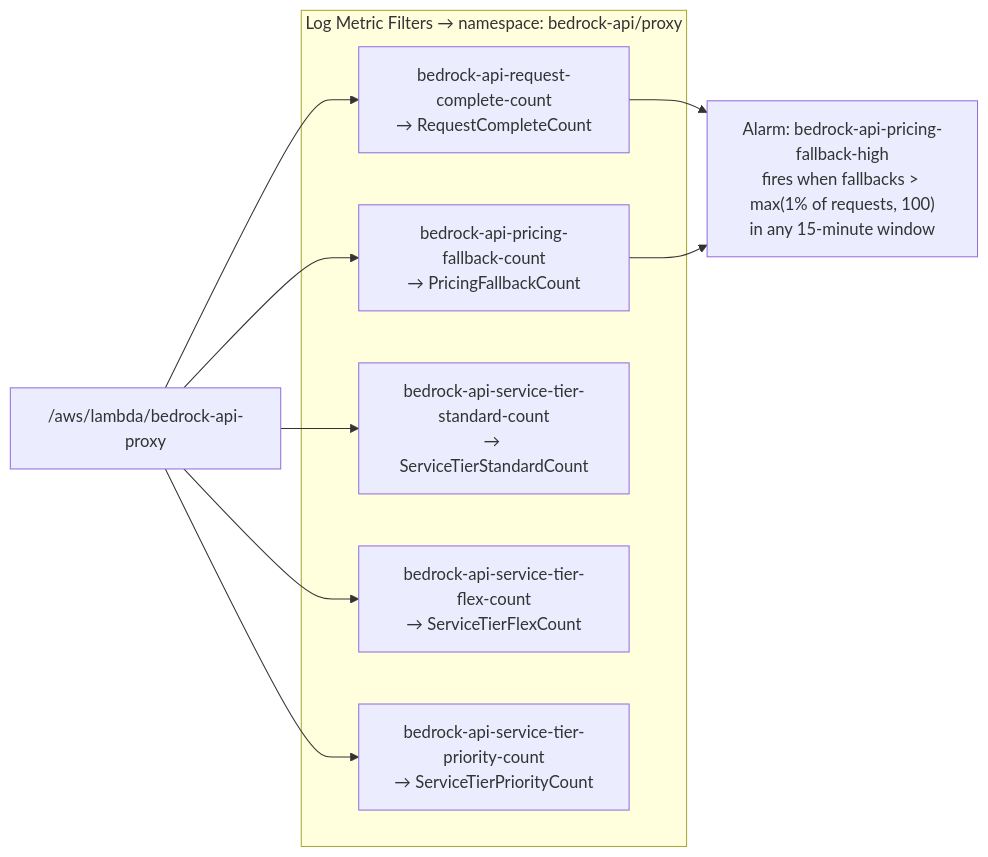
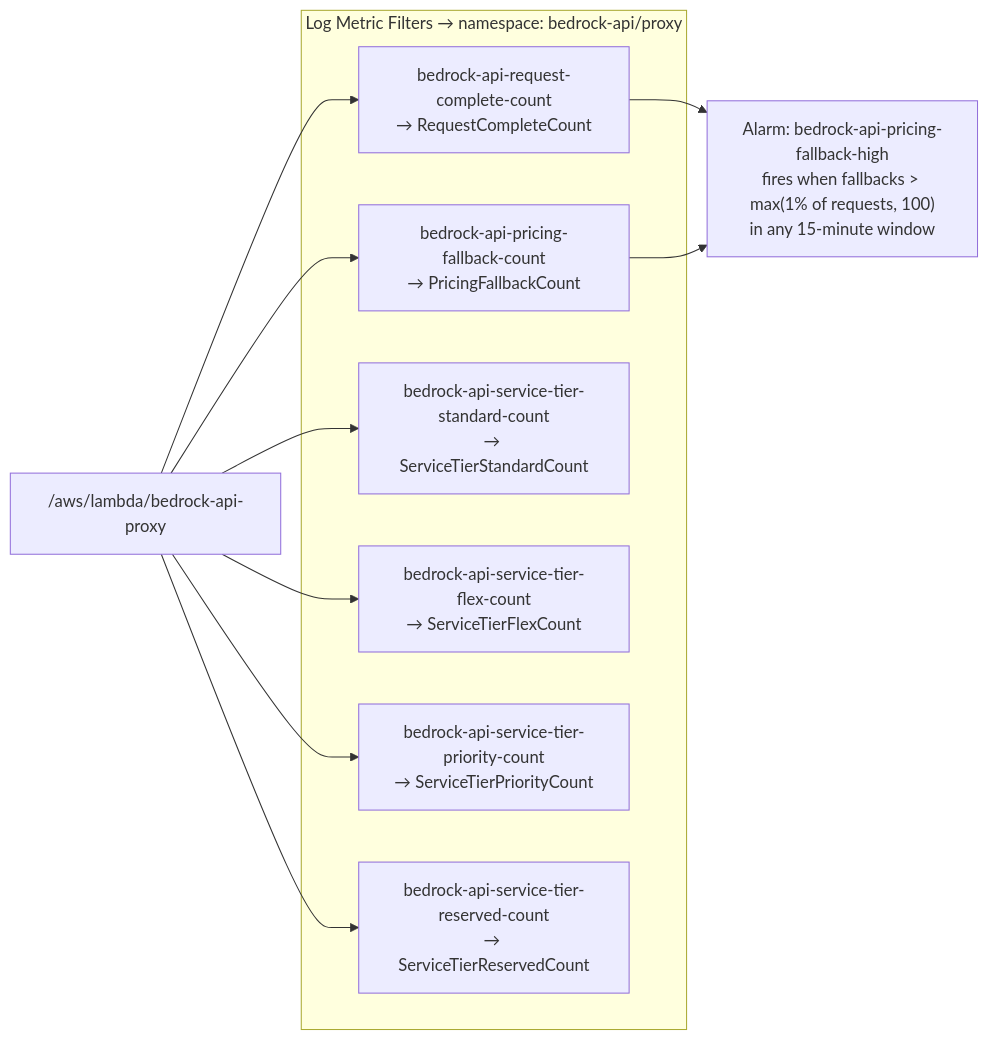
The fifth of 5 diagrams in docs/architecture.md (smarttransit-ai/bedrock-api), drawn with Mermaid before and after one commit. The commit also changed 8 other files, not shown here.

````diff
--- a/docs/architecture.md
+++ b/docs/architecture.md
@@ -213,22 +213,24 @@
 ```mermaid
 graph LR
     Logs["/aws/lambda/bedrock-api-proxy"]
 
     subgraph Filters["Log Metric Filters → namespace: bedrock-api/proxy"]
         F1["bedrock-api-request-complete-count<br/>→ RequestCompleteCount"]
         F2["bedrock-api-pricing-fallback-count<br/>→ PricingFallbackCount"]
         F3["bedrock-api-service-tier-standard-count<br/>→ ServiceTierStandardCount"]
         F4["bedrock-api-service-tier-flex-count<br/>→ ServiceTierFlexCount"]
         F5["bedrock-api-service-tier-priority-count<br/>→ ServiceTierPriorityCount"]
+        F6["bedrock-api-service-tier-reserved-count<br/>→ ServiceTierReservedCount"]
     end
 
     Alarm["Alarm: bedrock-api-pricing-fallback-high<br/>fires when fallbacks &gt; max(1% of requests, 100)<br/>in any 15-minute window"]
 
     Logs --> F1
     Logs --> F2
     Logs --> F3
     Logs --> F4
     Logs --> F5
+    Logs --> F6
     F1 --> Alarm
     F2 --> Alarm
 ```
````
